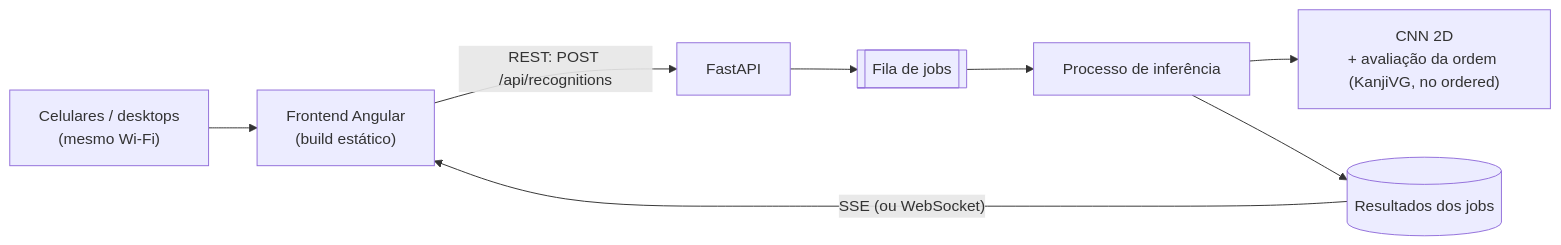
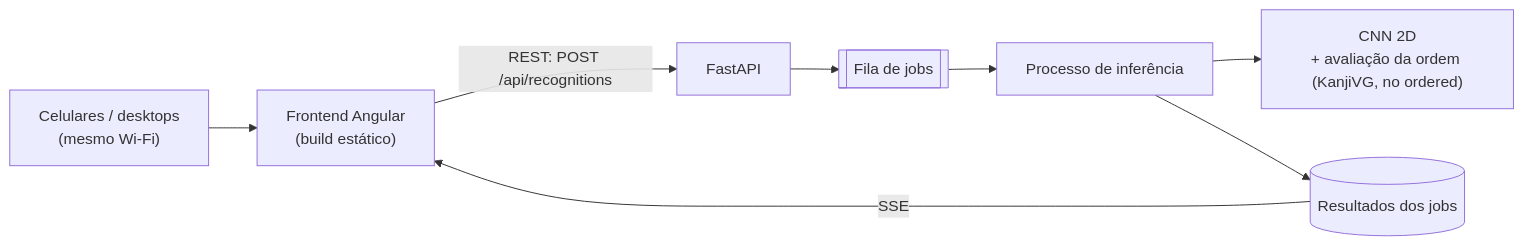
The first of 3 diagrams in docs/ARCHITECTURE.md (Asuka-Jyuku/kanji-lens), drawn with Mermaid before and after one commit. The commit also changed other lines of this file and 11 other files, not shown here.

````diff
--- a/docs/ARCHITECTURE.md
+++ b/docs/ARCHITECTURE.md
@@ -37,10 +37,10 @@
 ```mermaid
 flowchart LR
     clients["Celulares / desktops<br/>(mesmo Wi-Fi)"] --> fe["Frontend Angular<br/>(build estático)"]
     fe -- "REST: POST /api/recognitions" --> api["FastAPI"]
     api --> queue[["Fila de jobs"]]
     queue --> inf["Processo de inferência"]
     inf --> model["CNN 2D<br/>+ avaliação da ordem (KanjiVG, no ordered)"]
     inf --> store[("Resultados dos jobs")]
-    store -- "SSE (ou WebSocket)" --> fe
+    store -- "SSE" --> fe
 ```
````
